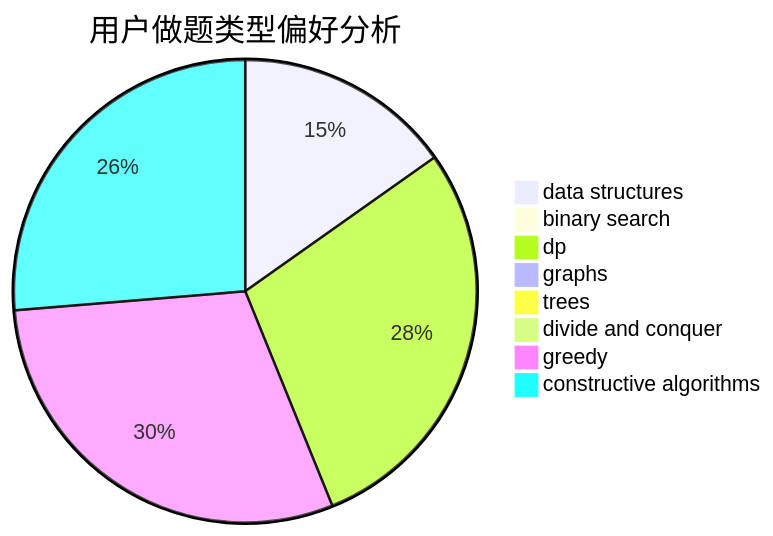
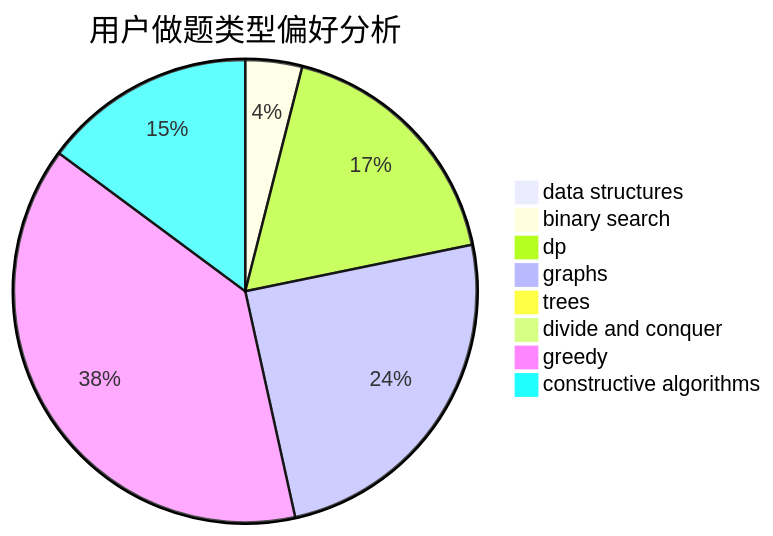
The second of 3 diagrams in docs/user/u2358.md (sherpahu/cfrs.github.io), drawn with Mermaid before and after one commit. The commit also changed other lines of this file and 2770 other files, not shown here.

````diff
--- a/docs/user/u2358.md
+++ b/docs/user/u2358.md
@@ -23,11 +23,11 @@
 ```mermaid
 pie title 用户做题类型偏好分析
-    "data structures" :  26
-    "binary search" :  0
-    "dp" :  49
-    "graphs" :  1
-    "trees" :  0
-    "divide and conquer" :  0
-    "greedy" :  51
-    "constructive algorithms" :  45
+    "data structures" :  1
+    "binary search" :  8
+    "dp" :  36
+    "graphs" :  50
+    "trees" :  2
+    "divide and conquer" :  1
+    "greedy" :  78
+    "constructive algorithms" :  30
 ```
````
